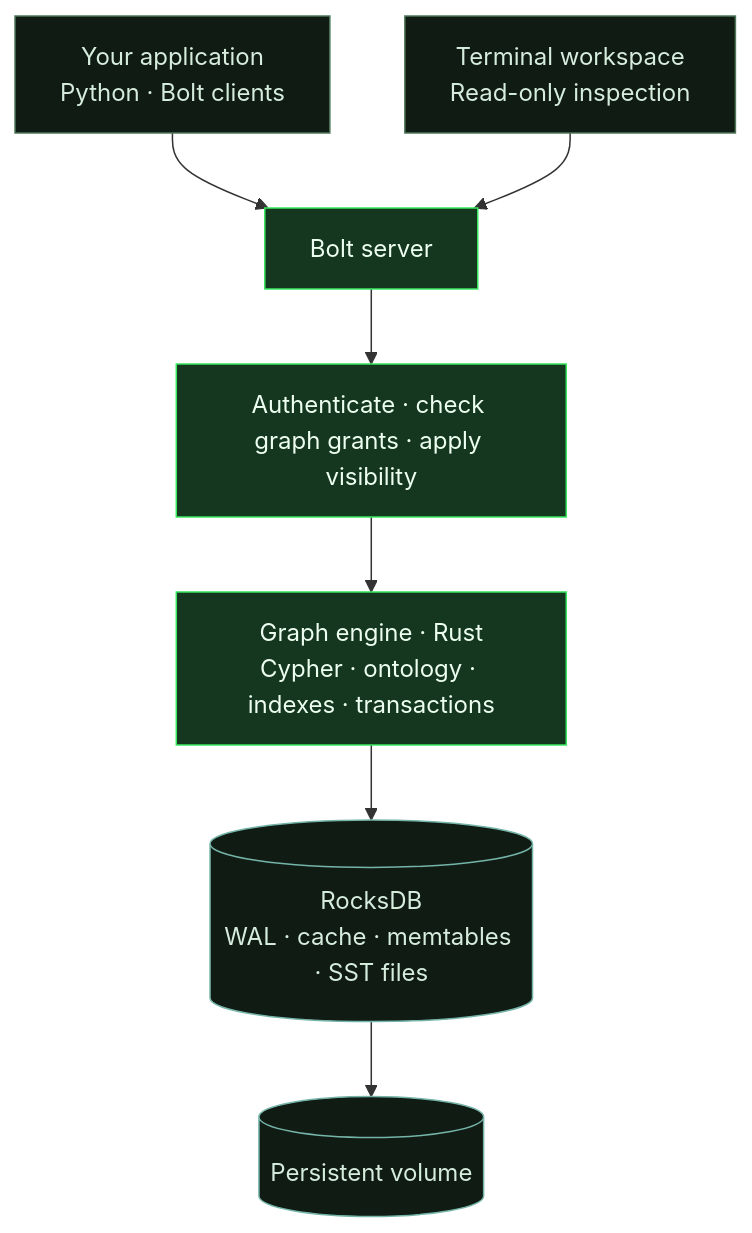
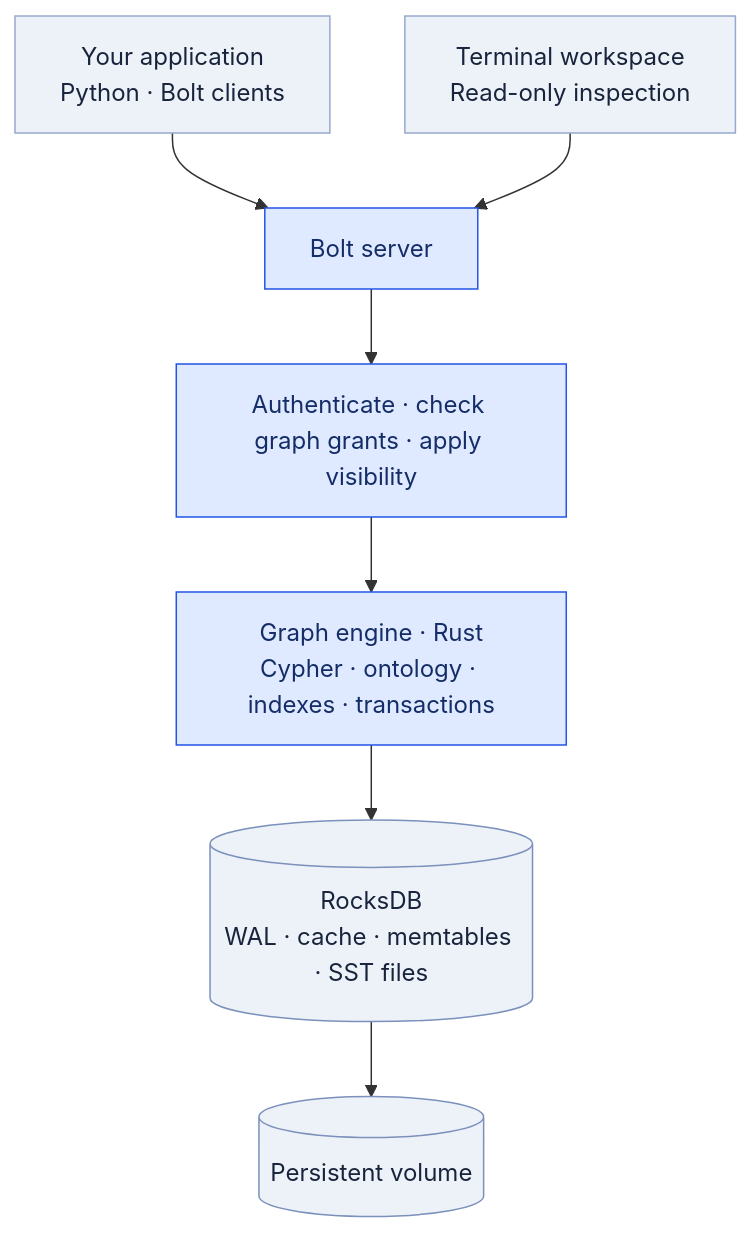
One commit to allandefraga/brainwire changed the first of 2 diagrams in README.md. Above: the diagram before and after it, drawn with Mermaid. The commit also changed other lines of this file and 38 other files, not shown here.

````diff
--- a/README.md
+++ b/README.md
@@ -25,15 +25,15 @@
 ```mermaid
 flowchart TB
     app["Your application<br/>Python · Bolt clients"] --> bolt["Bolt server"]
     tui["Terminal workspace<br/>Read-only inspection"] --> bolt
     bolt --> access["Authenticate · check graph grants · apply visibility"]
     access --> engine["Graph engine · Rust<br/>Cypher · ontology · indexes · transactions"]
     engine --> store[("RocksDB<br/>WAL · cache · memtables · SST files")]
     store --> volume[("Persistent volume")]
-    classDef client fill:#101b14,stroke:#4e7659,color:#d6eddd;
-    classDef core fill:#15371f,stroke:#39e75f,color:#edfff1;
-    classDef storage fill:#101b14,stroke:#75b4a8,color:#d6eddd;
+    classDef client fill:#edf1f8,stroke:#97a9cc,color:#18243c;
+    classDef core fill:#dfe9ff,stroke:#2255e6,color:#142d67;
+    classDef storage fill:#edf1f8,stroke:#7b91bc,color:#18243c;
     class app,tui client;
     class bolt,access,engine core;
     class store,volume storage;
 ```
````
